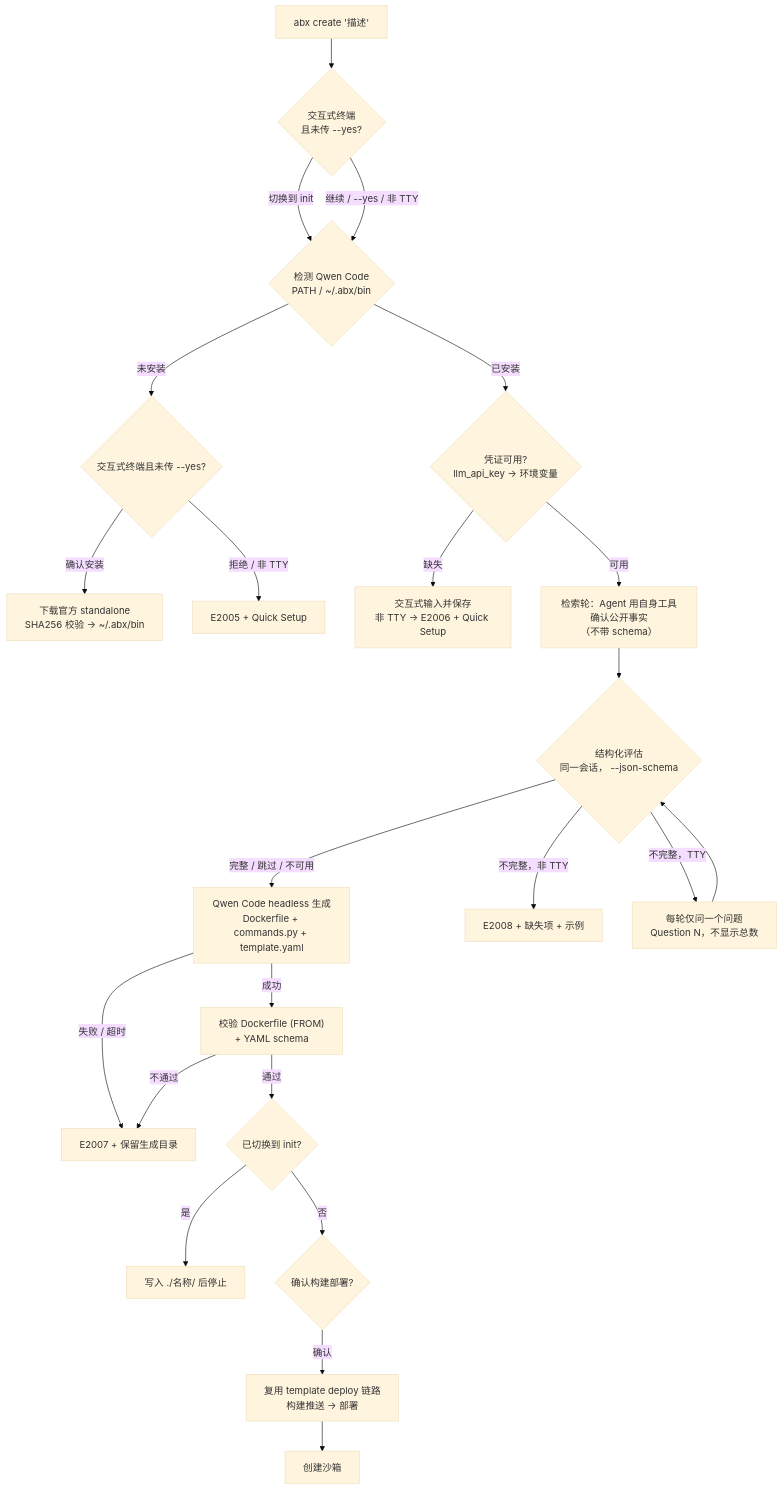
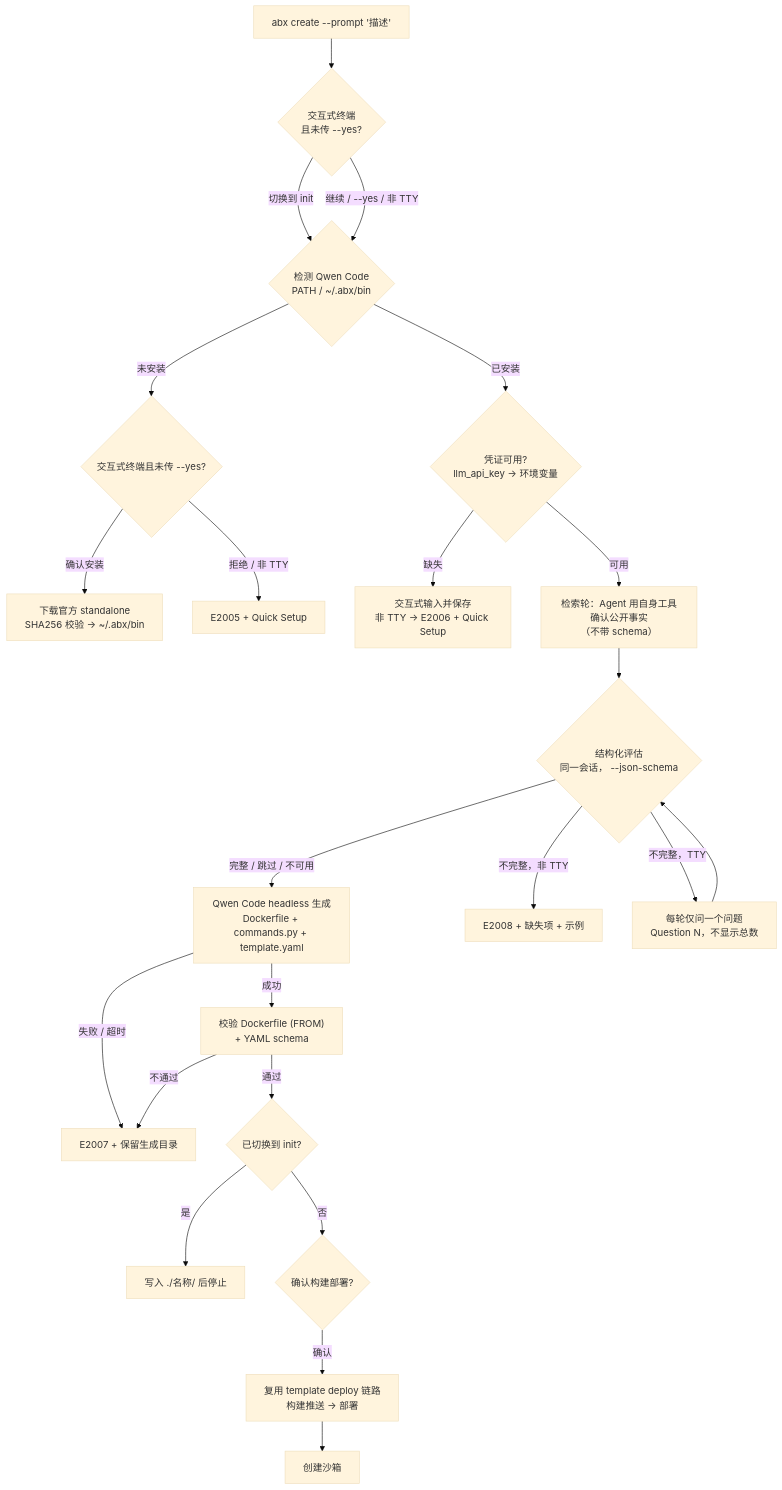
One commit to Alibaba-Agent-Sandbox/agent-sandbox changed the second of 2 diagrams in docs/zh/design/cli-design.md. Above: the diagram before and after it, drawn with Mermaid (base theme). The commit also changed other lines of this file and 279 other files, not shown here.

````diff
--- a/docs/zh/design/cli-design.md
+++ b/docs/zh/design/cli-design.md
@@ -153,25 +155,25 @@
 ```mermaid
 graph TD
-    Input["abx create '描述'"] --> Scope{"交互式终端<br/>且未传 --yes?"}
+    Input["abx create --prompt '描述'"] --> Scope{"交互式终端<br/>且未传 --yes?"}
     Scope -- "切换到 init" --> Find
     Scope -- "继续 / --yes / 非 TTY" --> Find{"检测 Qwen Code<br/>PATH / ~/.abx/bin"}
     Find -- 未安装 --> Install{"交互式终端且未传 --yes?"}
     Install -- 确认安装 --> Download["下载官方 standalone<br/>SHA256 校验 → ~/.abx/bin"]
     Install -- 拒绝 / 非 TTY --> E2005["E2005 + Quick Setup"]
     Find -- 已安装 --> Creds{"凭证可用?<br/>llm_api_key → 环境变量"}
     Creds -- 缺失 --> Prompt["交互式输入并保存<br/>非 TTY → E2006 + Quick Setup"]
     Creds -- 可用 --> Research["检索轮：Agent 用自身工具确认公开事实<br/>（不带 schema）"]
     Research --> Assess{"结构化评估<br/>同一会话， --json-schema"}
     Assess -- "完整 / 跳过 / 不可用" --> Generate["Qwen Code headless 生成<br/>Dockerfile + commands.py + template.yaml"]
     Assess -- "不完整，非 TTY" --> E2008["E2008 + 缺失项 + 示例"]
     Assess -- "不完整，TTY" --> Ask["每轮仅问一个问题<br/>Question N，不显示总数"]
     Ask --> Assess
     Generate -- 成功 --> Verify["校验 Dockerfile (FROM)<br/>+ YAML schema"]
     Generate -- 失败 / 超时 --> E2007["E2007 + 保留生成目录"]
     Verify -- 通过 --> Gate{"已切换到 init?"}
     Gate -- 是 --> Local["写入 ./名称/ 后停止"]
     Gate -- 否 --> Confirm{"确认构建部署?"}
     Confirm -- 确认 --> Deploy["复用 template deploy 链路<br/>构建推送 → 部署"]
     Deploy --> Create["创建沙箱"]
     Verify -- 不通过 --> E2007
 ```
````
